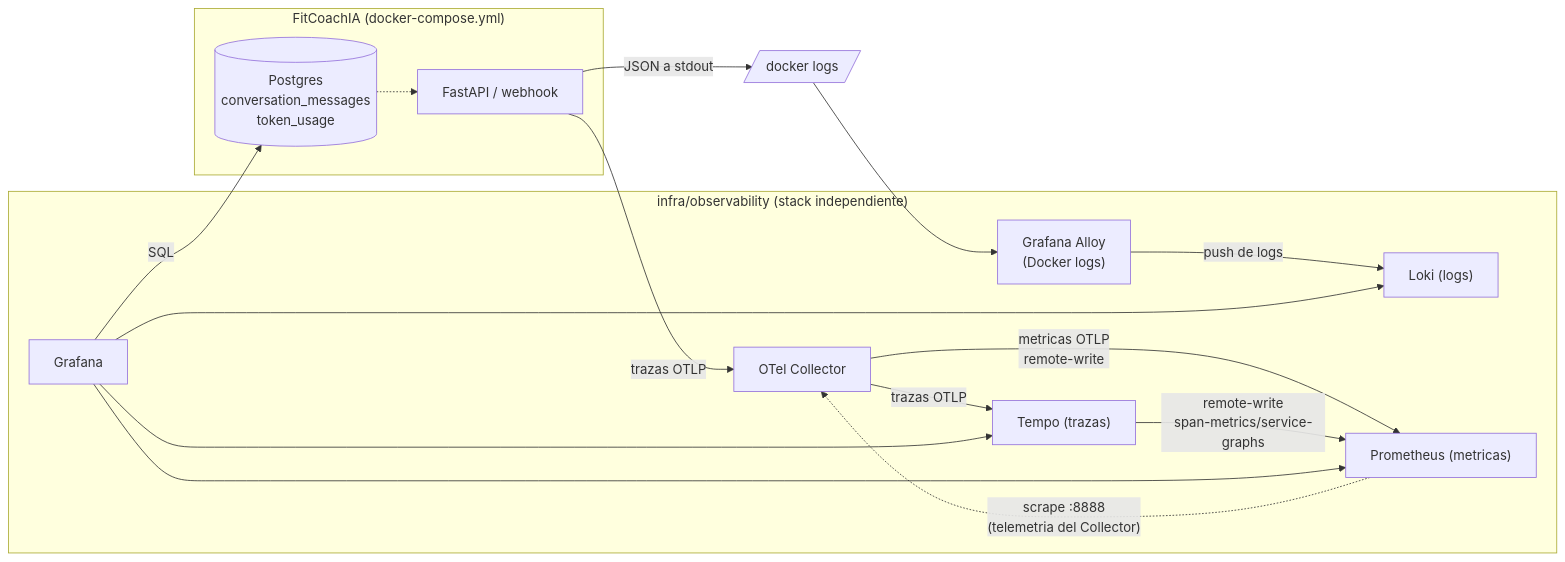
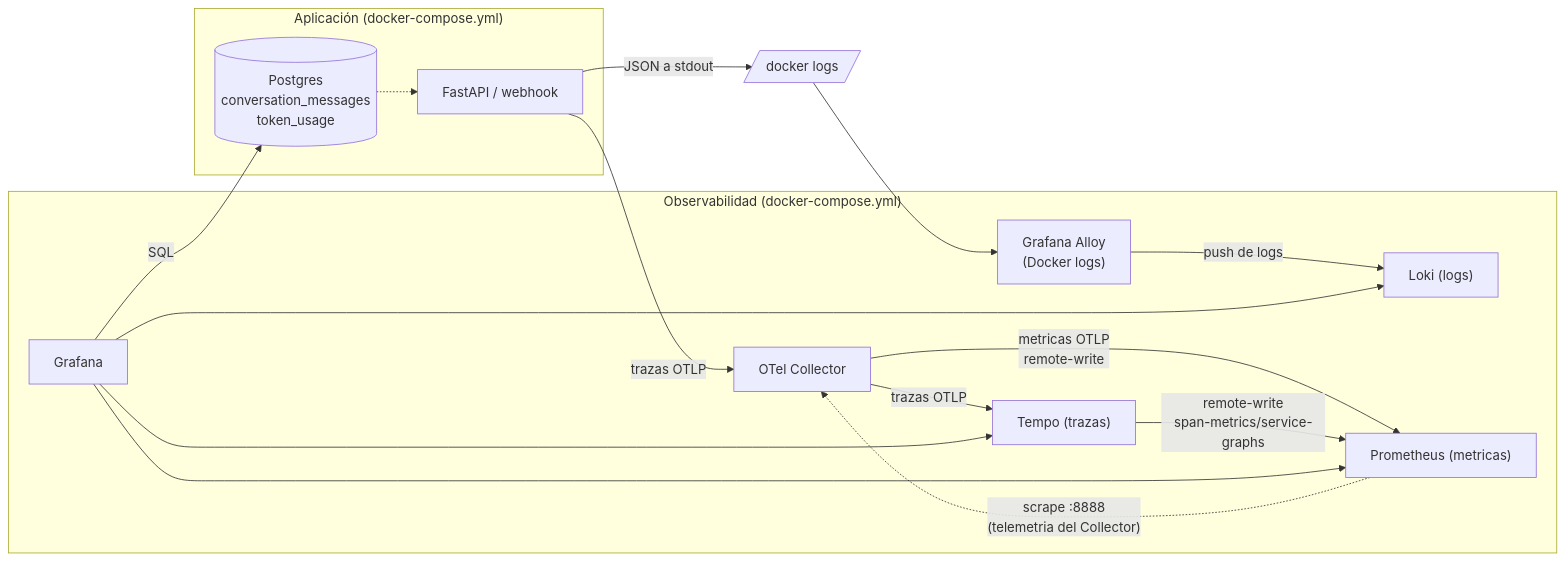
The diagram in docs/observabilidad.md (SorianoTech/FitCoachIA), drawn with Mermaid before and after one commit. The commit also changed other lines of this file and 7 other files, not shown here.

````diff
--- a/docs/observabilidad.md
+++ b/docs/observabilidad.md
@@ -15,30 +16,30 @@
 ```mermaid
 flowchart LR
-    subgraph App["FitCoachIA (docker-compose.yml)"]
+    subgraph App["Aplicación (docker-compose.yml)"]
         API["FastAPI / webhook"]
         DB[("Postgres\nconversation_messages\ntoken_usage")]
     end
 
-    subgraph Obs["infra/observability (stack independiente)"]
+    subgraph Obs["Observabilidad (docker-compose.yml)"]
         OTEL["OTel Collector"]
         ALLOY["Grafana Alloy\n(Docker logs)"]
         LOKI["Loki (logs)"]
         TEMPO["Tempo (trazas)"]
         PROM["Prometheus (metricas)"]
         GRAF["Grafana"]
     end
 
     API -- "JSON a stdout" --> LOGS[/docker logs/]
     LOGS --> ALLOY
     ALLOY -- "push de logs" --> LOKI
     API -- "trazas OTLP" --> OTEL
     OTEL -- "trazas OTLP" --> TEMPO
     OTEL -- "metricas OTLP\nremote-write" --> PROM
     PROM -. "scrape :8888\n(telemetria del Collector)" .-> OTEL
     TEMPO -- "remote-write\nspan-metrics/service-graphs" --> PROM
     GRAF --> LOKI
     GRAF --> TEMPO
     GRAF --> PROM
     GRAF -- "SQL" --> DB
     DB -.-> API
 ```
````
